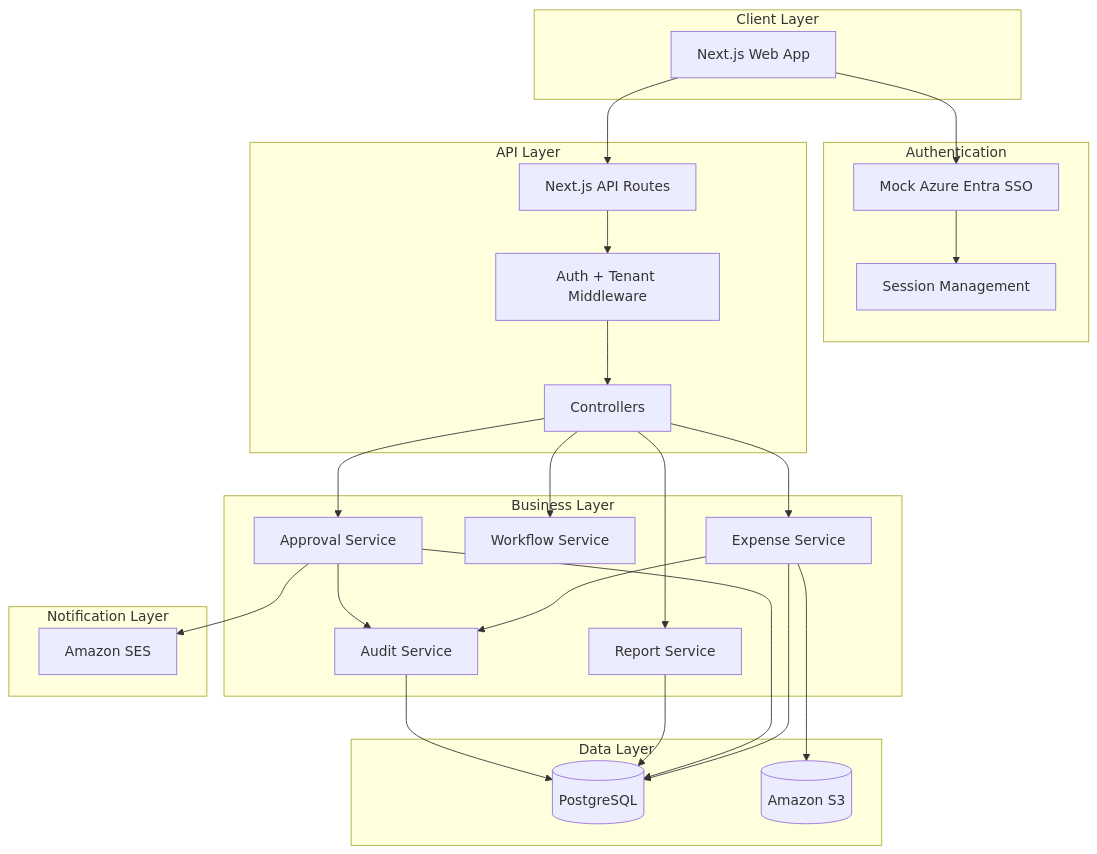
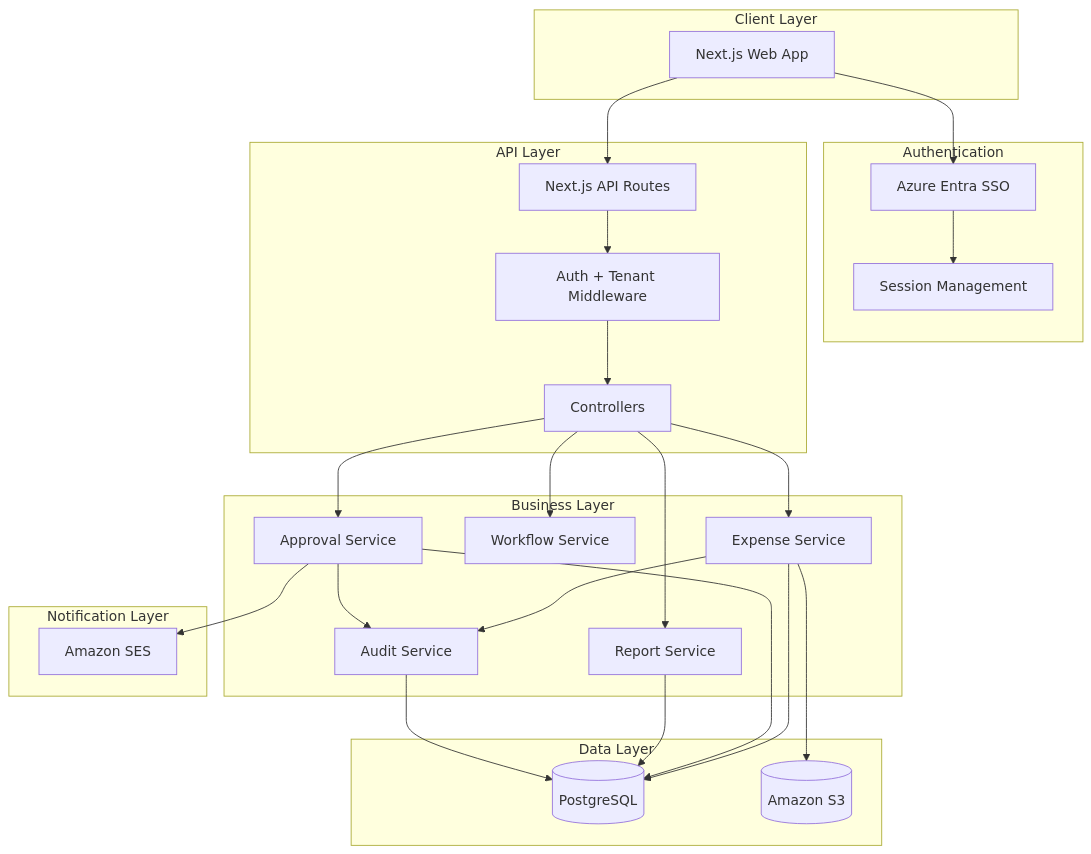
One commit to SandeepPamujula/sp-vibe changed the first of 4 diagrams in expense-mgmt/docs/architecture.md. Above: the diagram before and after it, drawn with Mermaid. The commit also changed 98 other files, not shown here.

````diff
--- a/expense-mgmt/docs/architecture.md
+++ b/expense-mgmt/docs/architecture.md
@@ -20,52 +20,52 @@
 ```mermaid
 flowchart TB
     subgraph client [Client Layer]
         WebApp[Next.js Web App]
     end
     
     subgraph auth [Authentication]
-        MockSSO[Mock Azure Entra SSO]
+        SSO[Azure Entra SSO]
         Session[Session Management]
     end
     
     subgraph api [API Layer]
         Routes[Next.js API Routes]
         Middleware[Auth + Tenant Middleware]
         Controllers[Controllers]
     end
     
     subgraph business [Business Layer]
         ExpenseService[Expense Service]
         WorkflowService[Workflow Service]
         ApprovalService[Approval Service]
         ReportService[Report Service]
         AuditService[Audit Service]
     end
     
     subgraph data [Data Layer]
         PG[(PostgreSQL)]
         S3[(Amazon S3)]
     end
     
     subgraph notifications [Notification Layer]
         SES[Amazon SES]
     end
     
-    WebApp --> MockSSO
-    MockSSO --> Session
+    WebApp --> SSO
+    SSO --> Session
     WebApp --> Routes
     Routes --> Middleware
     Middleware --> Controllers
     Controllers --> ExpenseService
     Controllers --> WorkflowService
     Controllers --> ApprovalService
     Controllers --> ReportService
     ExpenseService --> AuditService
     ApprovalService --> AuditService
     ExpenseService --> PG
     ExpenseService --> S3
     ApprovalService --> PG
     ReportService --> PG
     AuditService --> PG
     ApprovalService --> SES
 ```
````
